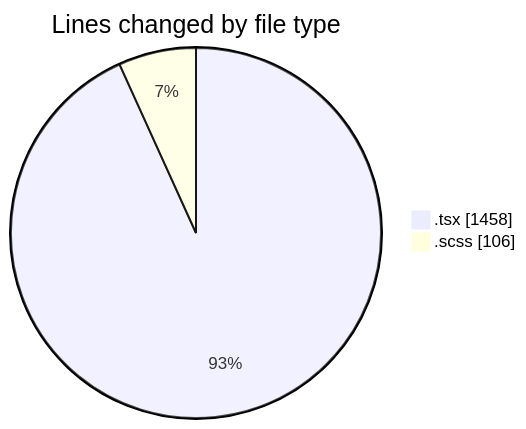
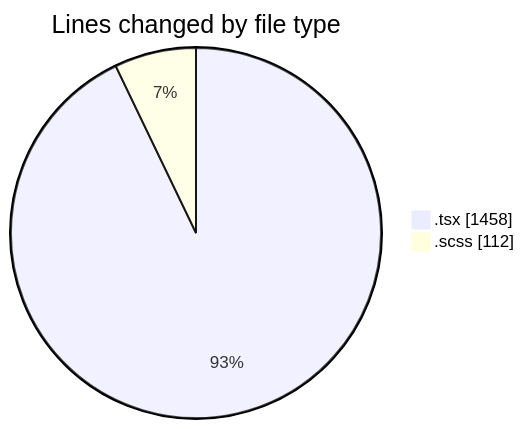
Before and after one commit to momahboobian/code-tracking: the first of 2 diagrams in 2025-04-07/cda/README.md, drawn with Mermaid. The commit also changed other lines of this file and 1 other file, not shown here.

````diff
--- a/2025-04-07/cda/README.md
+++ b/2025-04-07/cda/README.md
@@ -24,6 +24,6 @@
 ```mermaid
 pie showData
 title Lines changed by file type
 ".tsx" : 1458
-".scss" : 106
+".scss" : 112
 ```
````
